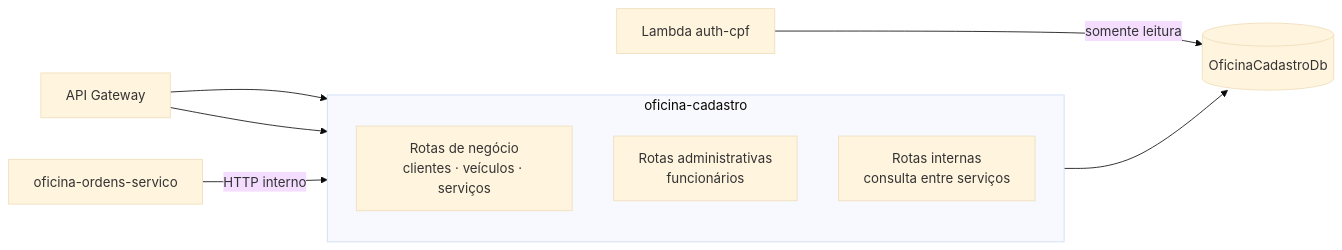
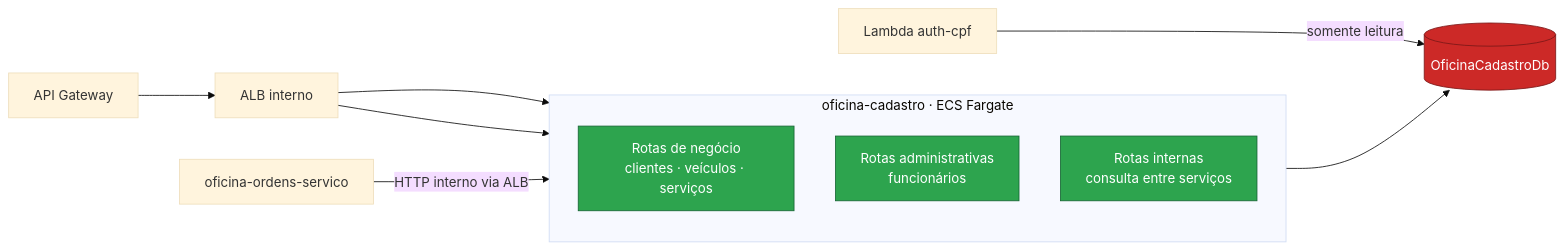
One commit to fabianorodrigues/oficina-cadastro-fiap-fase4 changed the diagram in README.md. Above: the diagram before and after it, drawn with Mermaid (base theme). The commit also changed other lines of this file, not shown here.

Commit message:
docs: alinhar README ao deploy ECS Fargate

````diff
--- a/README.md
+++ b/README.md
@@ -57,15 +67,21 @@
 ```mermaid
 flowchart LR
-    subgraph Cadastro["oficina-cadastro"]
+    subgraph Cadastro["oficina-cadastro · ECS Fargate"]
         direction TB
         Pub["Rotas de negócio<br/>clientes · veículos · serviços"]
         Adm["Rotas administrativas<br/>funcionários"]
         Int["Rotas internas<br/>consulta entre serviços"]
     end
 
-    API["API Gateway"] --> Pub
-    API --> Adm
-    Ordens["oficina-ordens-servico"] -->|"HTTP interno"| Int
+    API["API Gateway"] --> ALB["ALB interno"]
+    ALB --> Pub
+    ALB --> Adm
+    Ordens["oficina-ordens-servico"] -->|"HTTP interno via ALB"| Int
     Cadastro --> DB[("OficinaCadastroDb")]
     Auth["Lambda auth-cpf"] -->|"somente leitura"| DB
+
+    classDef svc fill:#2da44e,stroke:#166534,color:#fff
+    classDef data fill:#CC2927,stroke:#7a1717,color:#fff
+    class Pub,Adm,Int svc
+    class DB data
 ```
````
